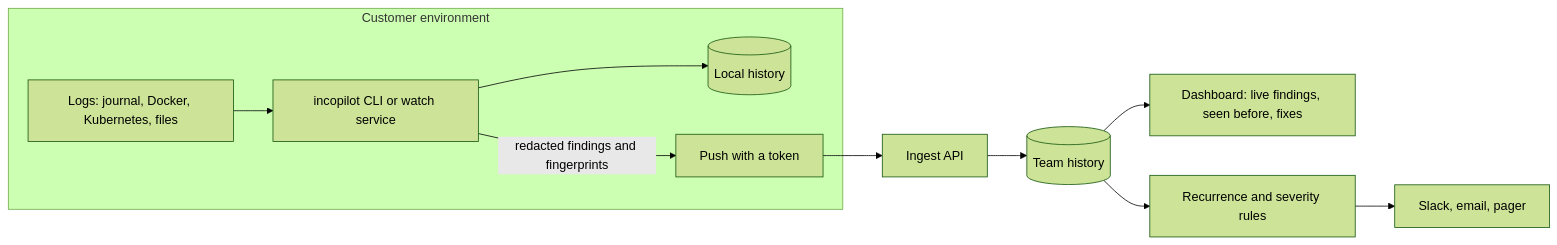
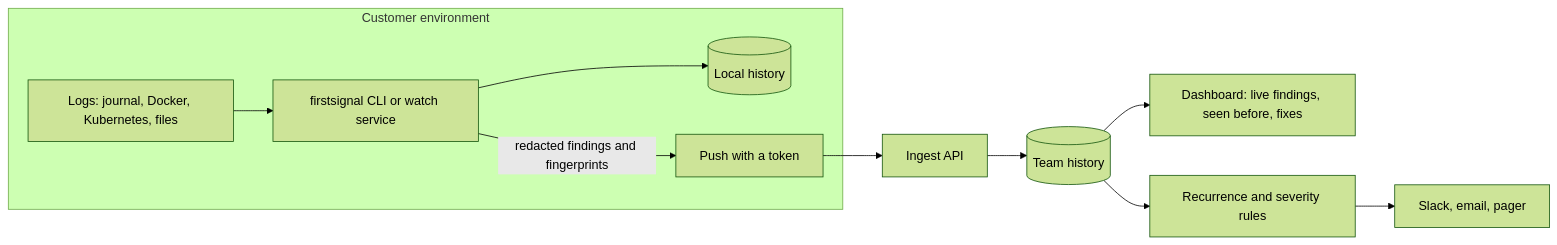
Before and after one commit to AutoShiftOps/incopilot: the diagram in docs/PRODUCT_PLAN.md, drawn with Mermaid (forest theme). The commit also changed other lines of this file and 62 other files, not shown here.

First line of the commit message:
Rename incopilot to firstsignal, with a new logo and PyPI release workflow

````diff
--- a/docs/PRODUCT_PLAN.md
+++ b/docs/PRODUCT_PLAN.md
@@ -88,13 +88,13 @@
 ```mermaid
 flowchart LR
   subgraph Customer environment
-    L[Logs: journal, Docker, Kubernetes, files] --> C[incopilot CLI or watch service]
+    L[Logs: journal, Docker, Kubernetes, files] --> C[firstsignal CLI or watch service]
     C --> H[(Local history)]
     C -->|redacted findings and fingerprints| P[Push with a token]
   end
   P --> A[Ingest API]
   A --> D[(Team history)]
   D --> W[Dashboard: live findings, seen before, fixes]
   D --> R[Recurrence and severity rules]
   R --> N[Slack, email, pager]
 ```
````
